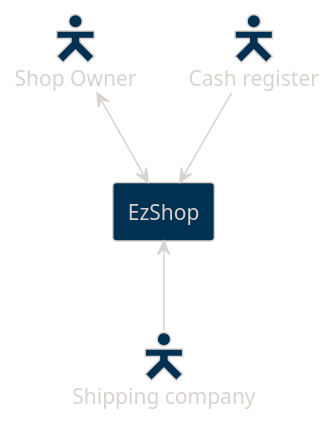
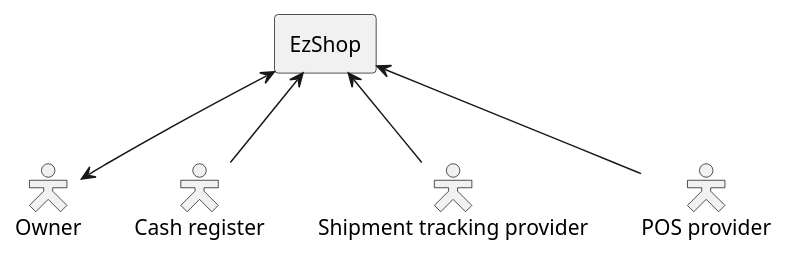
One commit to Giuseppeclv008/Project changed the first of 2 diagrams in Requirements.md. Above: the diagram before and after it, drawn with PlantUML. The commit also changed other lines of this file, not shown here.

Commit message:
fix: added new stakeholders and updated diagram

````diff
--- a/Requirements.md
+++ b/Requirements.md
@@ -87,14 +89,18 @@
 ```plantuml
-!theme blueprint
-skinparam backgroundColor transparent
 
+@startuml
 skinparam actorStyle hollow
 rectangle "EzShop" as system
-actor "Shop Owner" as shopManager
+actor "Owner" as owner
 actor "Cash register" as register
-actor "Shipping company" as shipping
+actor "Shipment tracking provider" as shipping
+actor "POS provider" as posProvider
 
-shopManager <--> system
-register --> system
+system <--> owner
+system <-- register
 system <-- shipping
+system <-- posProvider 
+
+'comment
+@enduml
 ```
````
